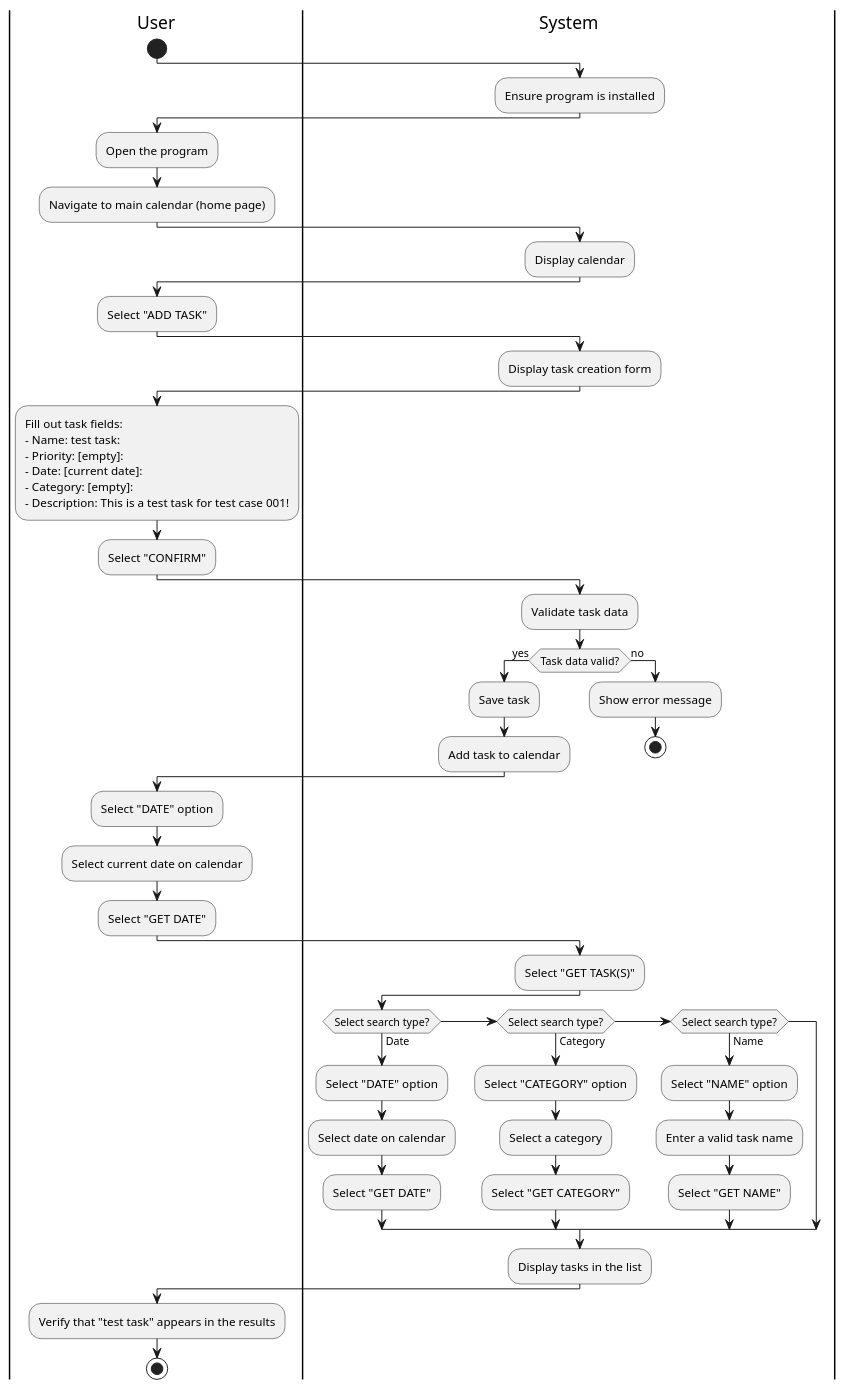
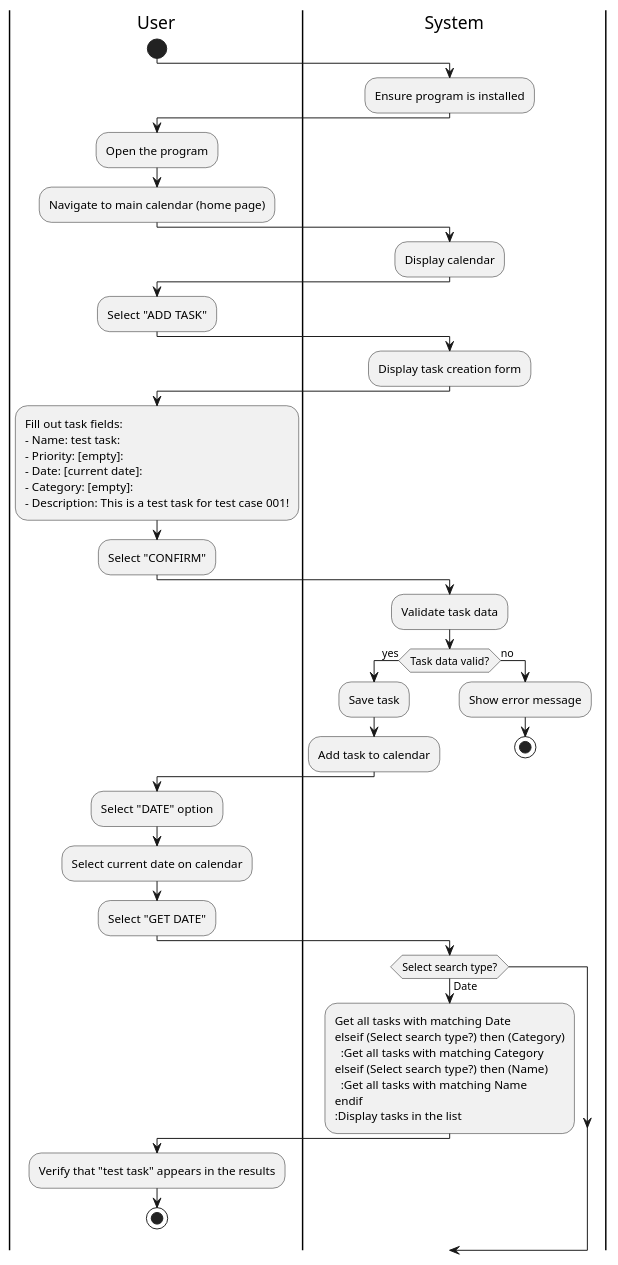
Before and after one commit to CS361-2024Fall-Term/Innovators: the diagram in assignment7/add_task.puml, drawn with PlantUML.

```diff
--- a/assignment7/add_task.puml
+++ b/assignment7/add_task.puml
@@ -1,68 +1,61 @@
 @startuml
 |User|
 start
 
 |System|
 :Ensure program is installed;
 
 |User|
 :Open the program;
 :Navigate to main calendar (home page);
 
 |System|
 :Display calendar;
 
 |User|
 :Select "ADD TASK";
 
 |System|
 :Display task creation form;
 
 |User|
 :Fill out task fields:
 - Name: test task:
 - Priority: [empty]:
 - Date: [current date]:
 - Category: [empty]:
 - Description: This is a test task for test case 001!;
 :Select "CONFIRM";
 
 |System|
 :Validate task data;
 
 |System|
 if (Task data valid?) then (yes)
   :Save task;
   :Add task to calendar;
 else (no)
   :Show error message;
   stop
 endif
 
 |User|
 :Select "DATE" option;
 :Select current date on calendar;
 :Select "GET DATE";
 
 |System|
-:Select "GET TASK(S)";
 if (Select search type?) then (Date)
-  :Select "DATE" option;
-  :Select date on calendar;
-  :Select "GET DATE";
+  :Get all tasks with matching Date
 elseif (Select search type?) then (Category)
-  :Select "CATEGORY" option;
-  :Select a category;
-  :Select "GET CATEGORY";
+  :Get all tasks with matching Category
 elseif (Select search type?) then (Name)
-  :Select "NAME" option;
-  :Enter a valid task name;
-  :Select "GET NAME";
+  :Get all tasks with matching Name
 endif
 :Display tasks in the list;
 
 |User|
 :Verify that "test task" appears in the results;
 stop
 
 @enduml
```
